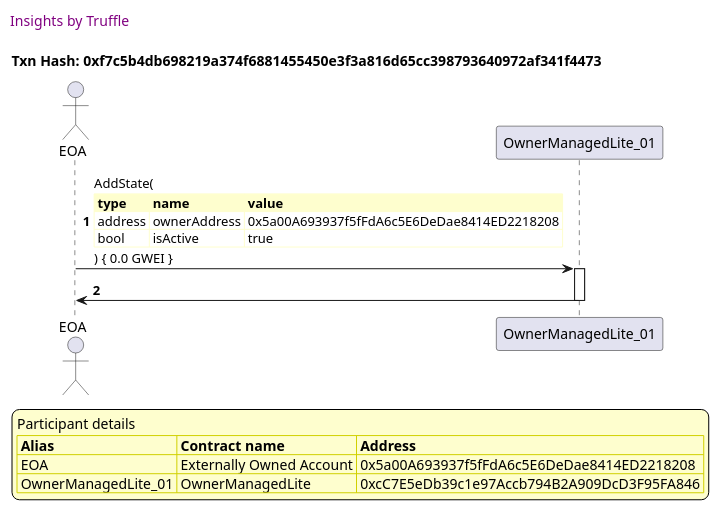
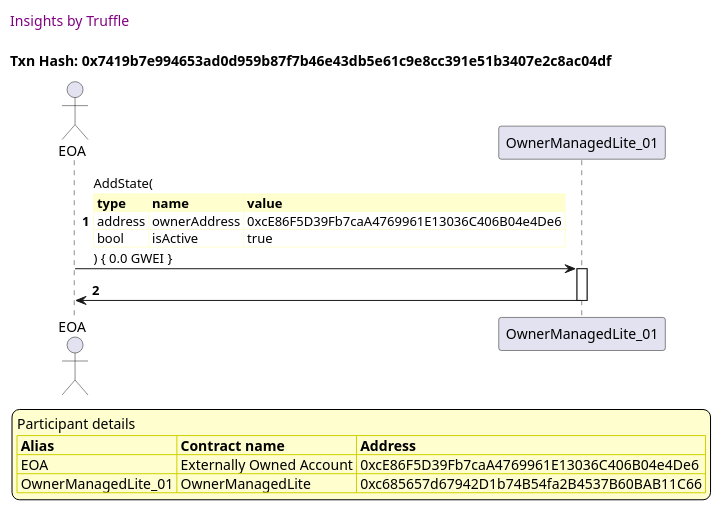
One commit to thedarkjester/ConsensysAssignment changed diagram 15 of 28 in truffle-seq/OwnerManagedLite_test_required_owners_amount.md. Above: the diagram before and after it, drawn with PlantUML. The commit also changed other lines of this file and 13 other files, not shown here.

````diff
--- a/truffle-seq/OwnerManagedLite_test_required_owners_amount.md
+++ b/truffle-seq/OwnerManagedLite_test_required_owners_amount.md
@@ -699,41 +683,41 @@
 ```plantuml
 
 
 @startuml
 
 autonumber
 skinparam legendBackgroundColor #FEFECE
 
 <style>
       header {
         HorizontalAlignment left
         FontColor purple
         FontSize 14
         Padding 10
       }
     </style>
 
 header Insights by Truffle
 
-title Txn Hash: 0xf7c5b4db698219a374f6881455450e3f3a816d65cc398793640972af341f4473
+title Txn Hash: 0x7419b7e994653ad0d959b87f7b46e43db5e61c9e8cc391e51b3407e2c8ac04df
 
 
 actor EOA as "EOA"
 participant OwnerManagedLite_01 as "OwnerManagedLite_01"
 
 "EOA" -> "OwnerManagedLite_01" ++: AddState(\n\
 <#FEFECE,#FEFECE>|= type |= name |= value |\n\
-| address | ownerAddress | 0x5a00A693937f5fFdA6c5E6DeDae8414ED2218208 |\n\
+| address | ownerAddress | 0xcE86F5D39Fb7caA4769961E13036C406B04e4De6 |\n\
 | bool | isActive | true |\n\
 ) { 0.0 GWEI }
 "OwnerManagedLite_01" -> "EOA" --: 
 
 legend
 Participant details
 <#FEFECE,#D0D000>|= Alias |= Contract name |= Address |
-<#FEFECE>| EOA | Externally Owned Account | 0x5a00A693937f5fFdA6c5E6DeDae8414ED2218208 |
-<#FEFECE>| OwnerManagedLite_01 | OwnerManagedLite | 0xcC7E5eDb39c1e97Accb794B2A909DcD3F95FA846 |
+<#FEFECE>| EOA | Externally Owned Account | 0xcE86F5D39Fb7caA4769961E13036C406B04e4De6 |
+<#FEFECE>| OwnerManagedLite_01 | OwnerManagedLite | 0xc685657d67942D1b74B54fa2B4537B60BAB11C66 |
 endlegend
 
 @enduml
 ```
````
